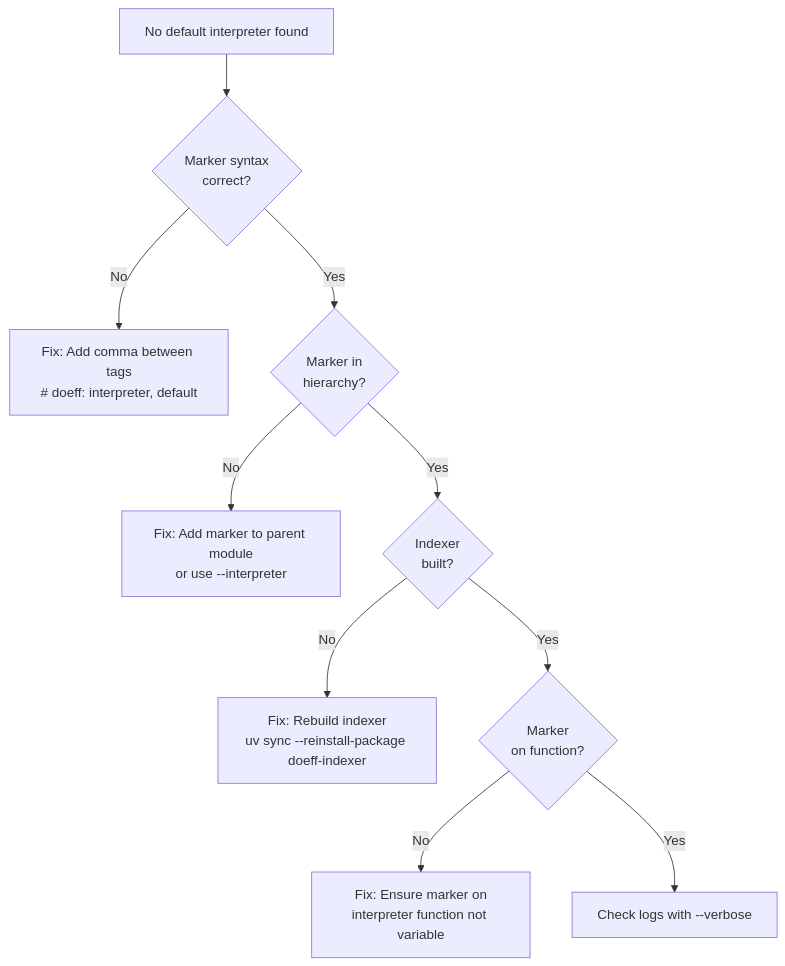
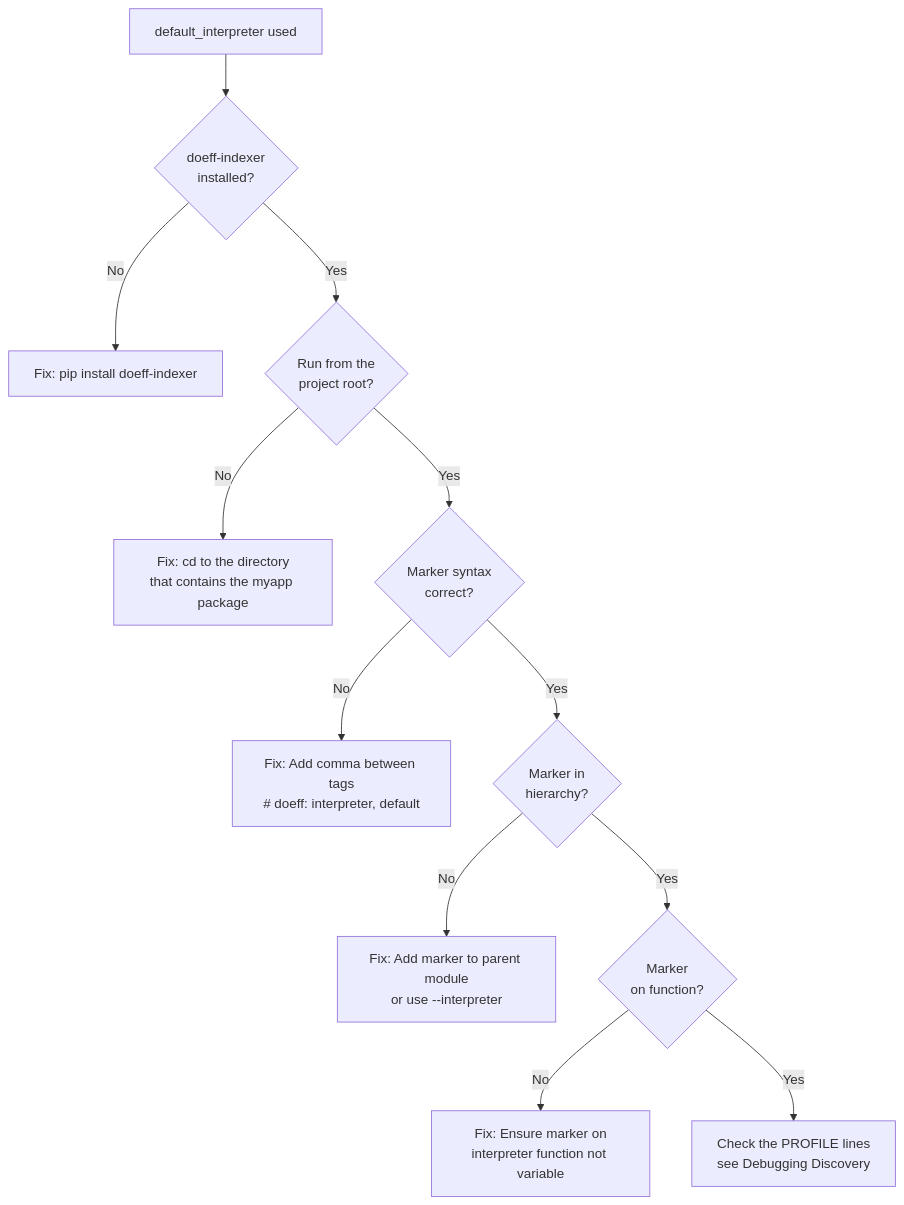
The sixth of 6 diagrams in docs/14-cli-auto-discovery.md (proboscis/doeff), drawn with Mermaid before and after one commit. The commit also changed other lines of this file, not shown here.

First line of the commit message:
docs/14 CLI の自動の発見: 0.5.0 の doeff run で章の例がそのまま動く形に直す(card [id])

````diff
--- a/docs/14-cli-auto-discovery.md
+++ b/docs/14-cli-auto-discovery.md
@@ -699,12 +824,14 @@
 ```mermaid
 graph TD
-    A[No default interpreter found] --> B{Marker syntax<br/>correct?}
+    A[default_interpreter used] --> F{doeff-indexer<br/>installed?}
+    F -->|No| G[Fix: pip install doeff-indexer]
+    F -->|Yes| R{Run from the<br/>project root?}
+    R -->|No| S[Fix: cd to the directory<br/>that contains the myapp package]
+    R -->|Yes| B{Marker syntax<br/>correct?}
     B -->|No| C[Fix: Add comma between tags<br/># doeff: interpreter, default]
     B -->|Yes| D{Marker in<br/>hierarchy?}
     D -->|No| E[Fix: Add marker to parent module<br/>or use --interpreter]
-    D -->|Yes| F{Indexer<br/>built?}
-    F -->|No| G[Fix: Rebuild indexer<br/>uv sync --reinstall-package doeff-indexer]
-    F -->|Yes| H{Marker<br/>on function?}
+    D -->|Yes| H{Marker<br/>on function?}
     H -->|No| I[Fix: Ensure marker on<br/>interpreter function not variable]
-    H -->|Yes| J[Check logs with --verbose]
+    H -->|Yes| J[Check the PROFILE lines<br/>see Debugging Discovery]
 ```
````
